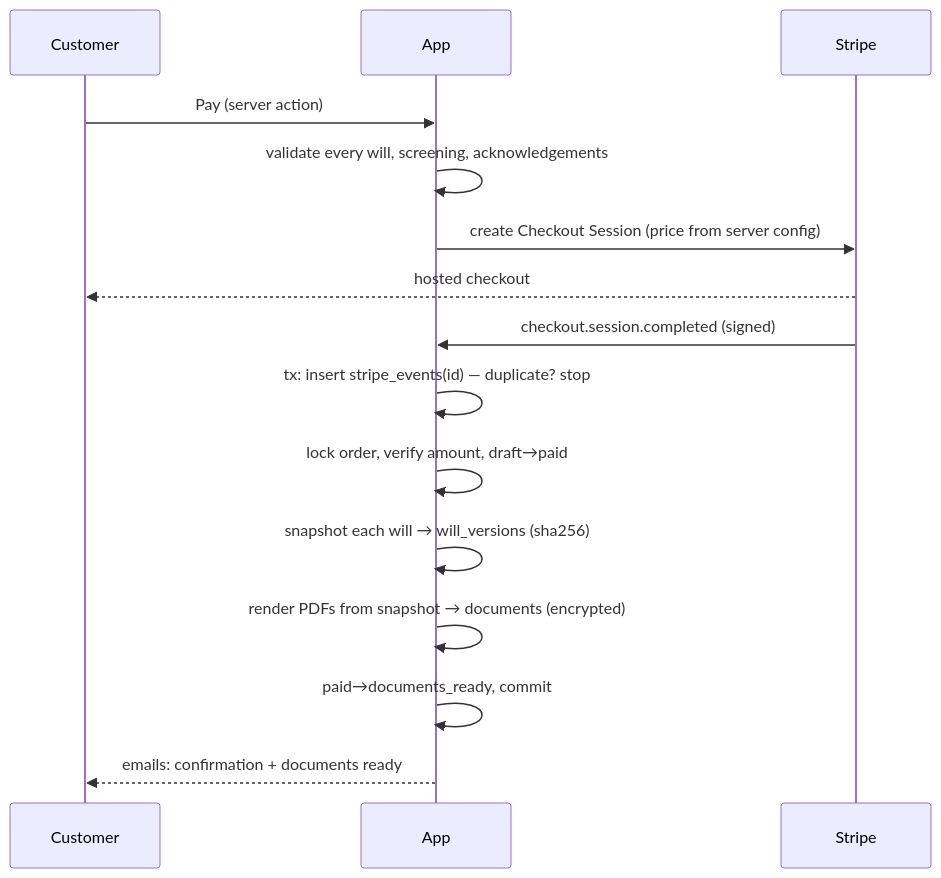
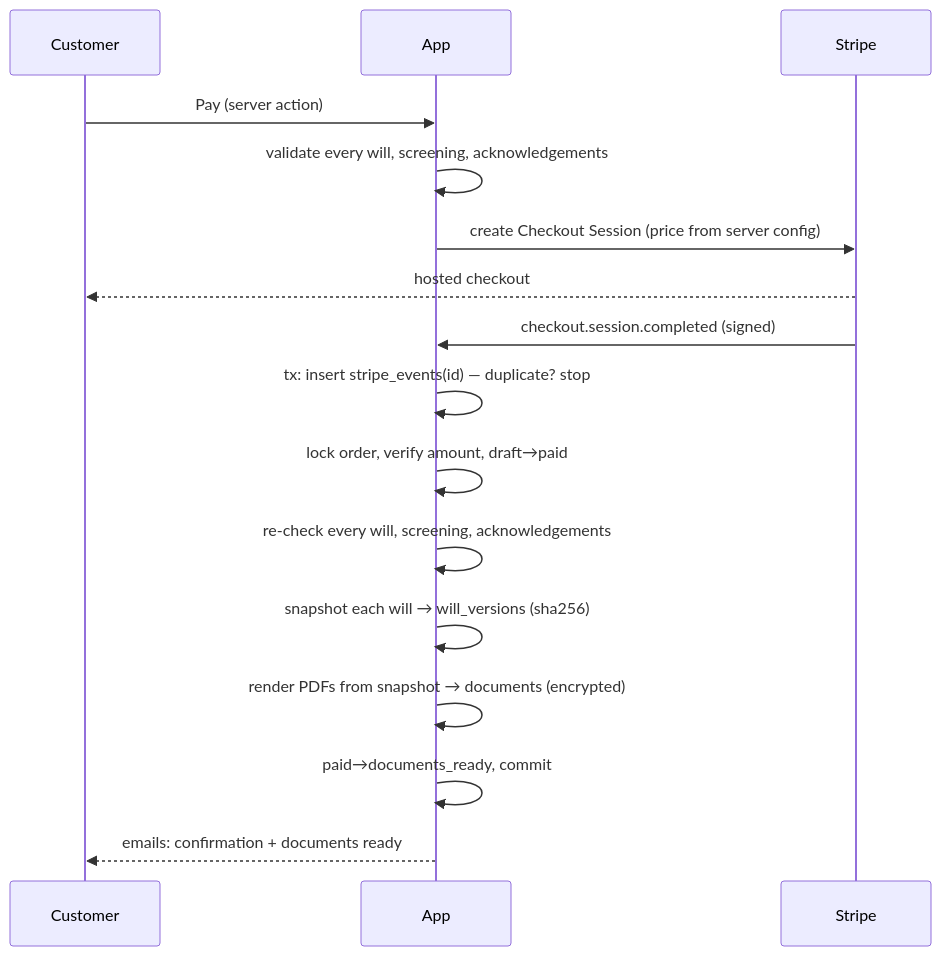
The diagram in docs/ARCHITECTURE.md (SyedMuhammadghazi1/simple-will-estate), drawn with Mermaid before and after one commit. The commit also changed other lines of this file and 5 other files, not shown here.

````diff
--- a/docs/ARCHITECTURE.md
+++ b/docs/ARCHITECTURE.md
@@ -69,17 +69,18 @@
 ```mermaid
 sequenceDiagram
   participant C as Customer
   participant A as App
   participant S as Stripe
   C->>A: Pay (server action)
   A->>A: validate every will, screening, acknowledgements
   A->>S: create Checkout Session (price from server config)
   S-->>C: hosted checkout
   S->>A: checkout.session.completed (signed)
   A->>A: tx: insert stripe_events(id) — duplicate? stop
   A->>A: lock order, verify amount, draft→paid
+  A->>A: re-check every will, screening, acknowledgements
   A->>A: snapshot each will → will_versions (sha256)
   A->>A: render PDFs from snapshot → documents (encrypted)
   A->>A: paid→documents_ready, commit
   A-->>C: emails: confirmation + documents ready
 ```
````
